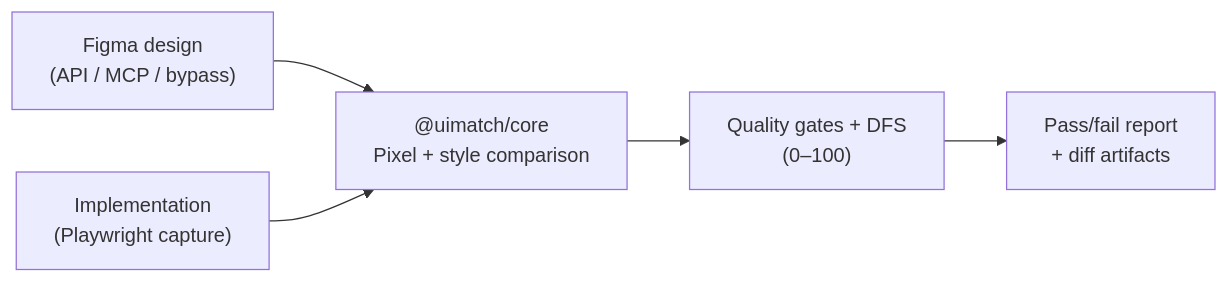
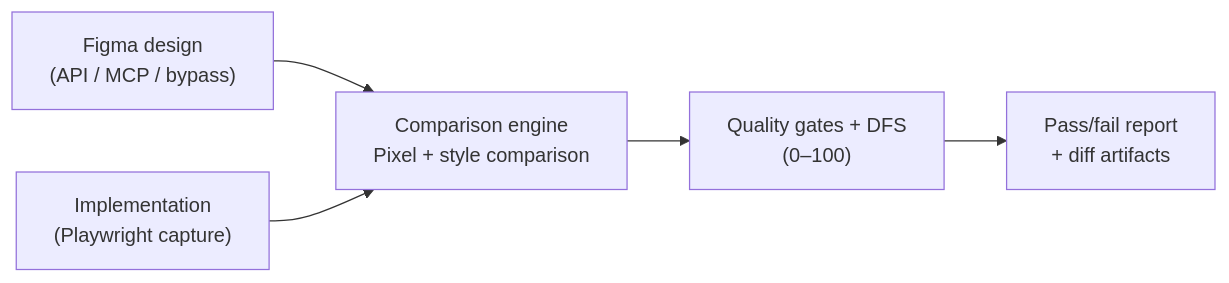
The diagram in README.md (kosaki08/uimatch), drawn with Mermaid before and after one commit. The commit also changed other lines of this file and 9 other files, not shown here.

````diff
--- a/README.md
+++ b/README.md
@@ -187,7 +47,7 @@
 ```mermaid
 flowchart LR
-    F["Figma design<br/>(API / MCP / bypass)"] --> C["@uimatch/core<br/>Pixel + style comparison"]
+    F["Figma design<br/>(API / MCP / bypass)"] --> C["Comparison engine<br/>Pixel + style comparison"]
     I["Implementation<br/>(Playwright capture)"] --> C
     C --> Q["Quality gates + DFS<br/>(0–100)"]
     Q --> R["Pass/fail report<br/>+ diff artifacts"]
 ```
````
